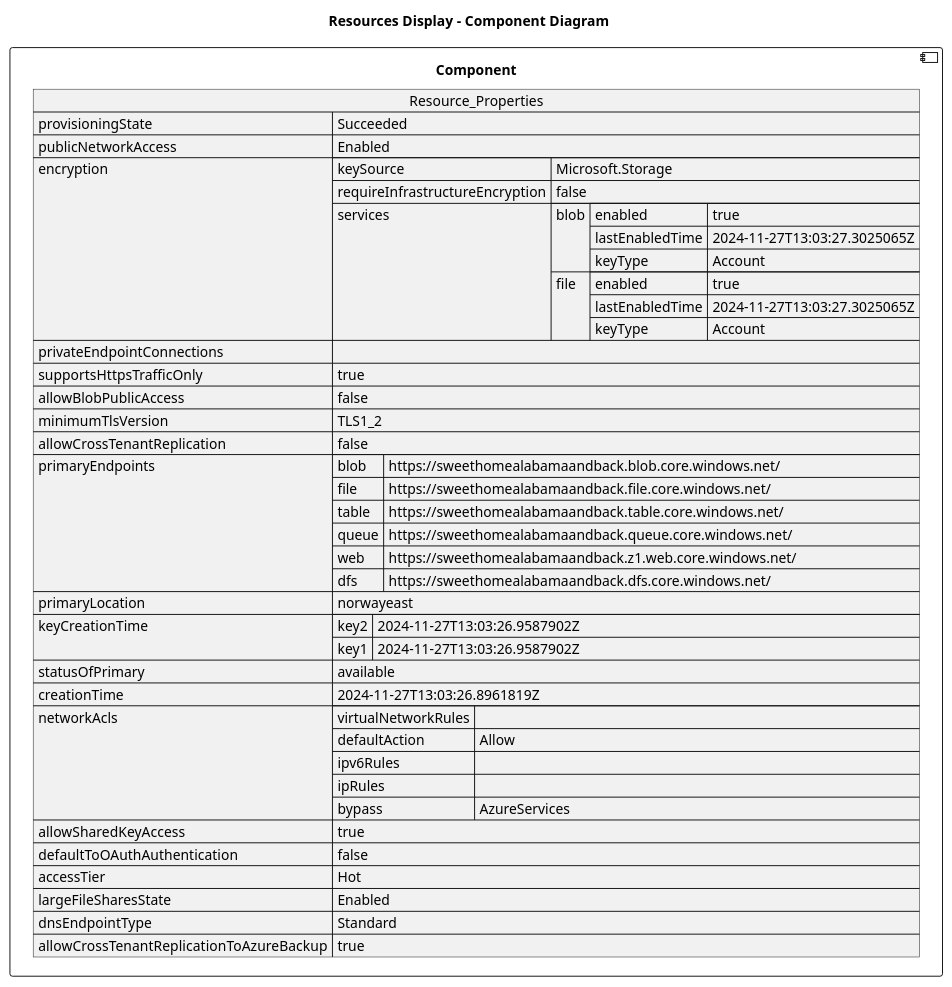
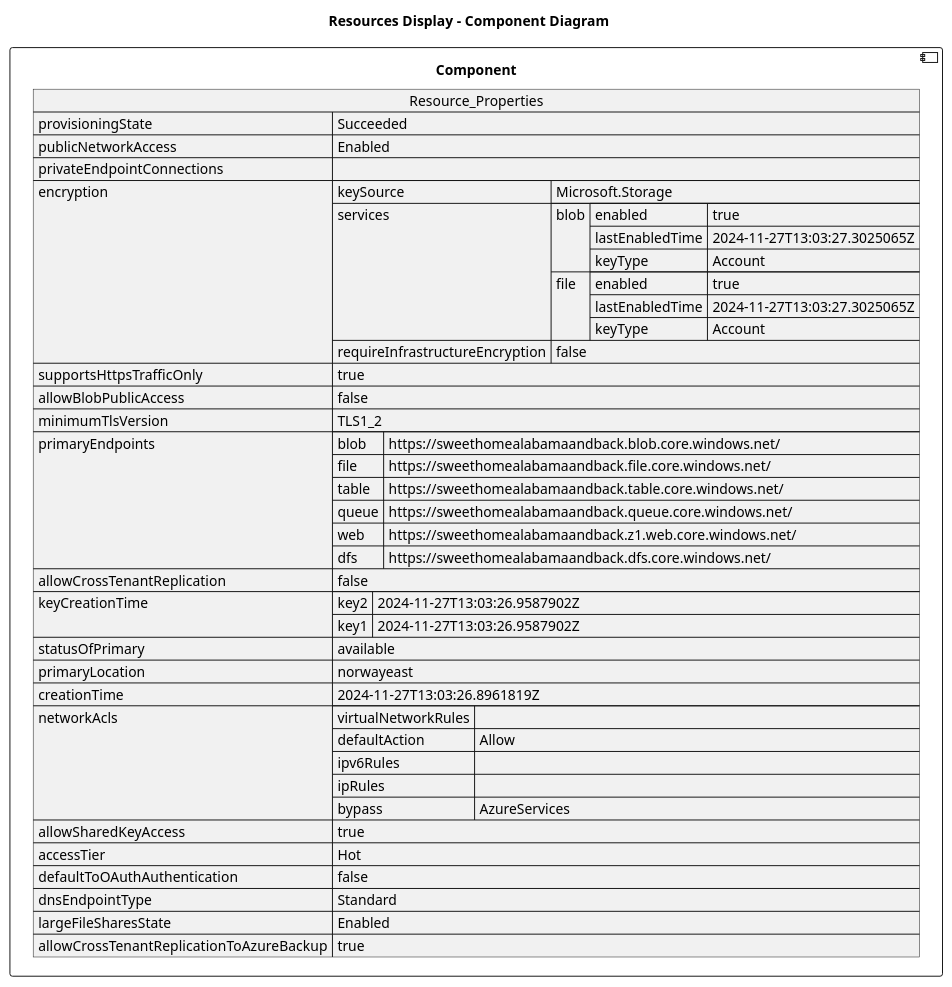
Before and after one commit to DanielAmpong/Test-Azure-architecture-diagram: the diagram in architectureDesign/PUML/rg-audun_Resources/sweethomealabamaandback.puml, drawn with PlantUML. The commit also changed 880 other files, not shown here.

```diff
--- a/architectureDesign/PUML/rg-audun_Resources/sweethomealabamaandback.puml
+++ b/architectureDesign/PUML/rg-audun_Resources/sweethomealabamaandback.puml
@@ -1,61 +1,61 @@
 @startuml
 
 title Resources Display - Component Diagram
 
 component Component {
 
 json  Resource_Properties {
   "provisioningState": "Succeeded",
   "publicNetworkAccess": "Enabled",
+  "privateEndpointConnections": [],
   "encryption": {
     "keySource": "Microsoft.Storage",
-    "requireInfrastructureEncryption": false,
     "services": {
       "blob": {
         "enabled": true,
         "lastEnabledTime": "2024-11-27T13:03:27.3025065Z",
         "keyType": "Account"
       },
       "file": {
         "enabled": true,
         "lastEnabledTime": "2024-11-27T13:03:27.3025065Z",
         "keyType": "Account"
       }
-    }
+    },
+    "requireInfrastructureEncryption": false
   },
-  "privateEndpointConnections": [],
   "supportsHttpsTrafficOnly": true,
   "allowBlobPublicAccess": false,
   "minimumTlsVersion": "TLS1_2",
-  "allowCrossTenantReplication": false,
   "primaryEndpoints": {
     "blob": "https://sweethomealabamaandback.blob.core.windows.net/",
     "file": "https://sweethomealabamaandback.file.core.windows.net/",
     "table": "https://sweethomealabamaandback.table.core.windows.net/",
     "queue": "https://sweethomealabamaandback.queue.core.windows.net/",
     "web": "https://sweethomealabamaandback.z1.web.core.windows.net/",
     "dfs": "https://sweethomealabamaandback.dfs.core.windows.net/"
   },
-  "primaryLocation": "norwayeast",
+  "allowCrossTenantReplication": false,
   "keyCreationTime": {
     "key2": "2024-11-27T13:03:26.9587902Z",
     "key1": "2024-11-27T13:03:26.9587902Z"
   },
   "statusOfPrimary": "available",
+  "primaryLocation": "norwayeast",
   "creationTime": "2024-11-27T13:03:26.8961819Z",
   "networkAcls": {
     "virtualNetworkRules": [],
     "defaultAction": "Allow",
     "ipv6Rules": [],
     "ipRules": [],
     "bypass": "AzureServices"
   },
   "allowSharedKeyAccess": true,
+  "accessTier": "Hot",
   "defaultToOAuthAuthentication": false,
-  "accessTier": "Hot",
+  "dnsEndpointType": "Standard",
   "largeFileSharesState": "Enabled",
-  "dnsEndpointType": "Standard",
   "allowCrossTenantReplicationToAzureBackup": true
 }
 }
 @enduml
```
